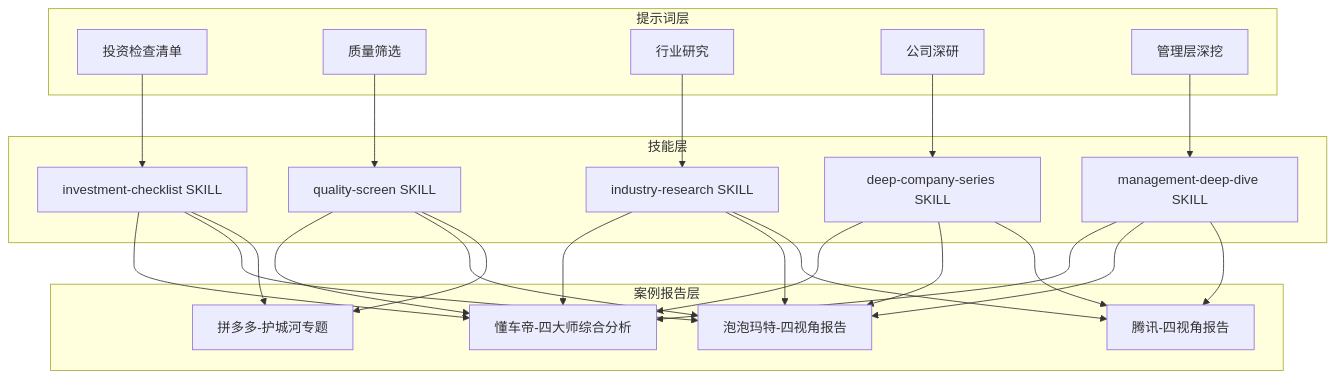
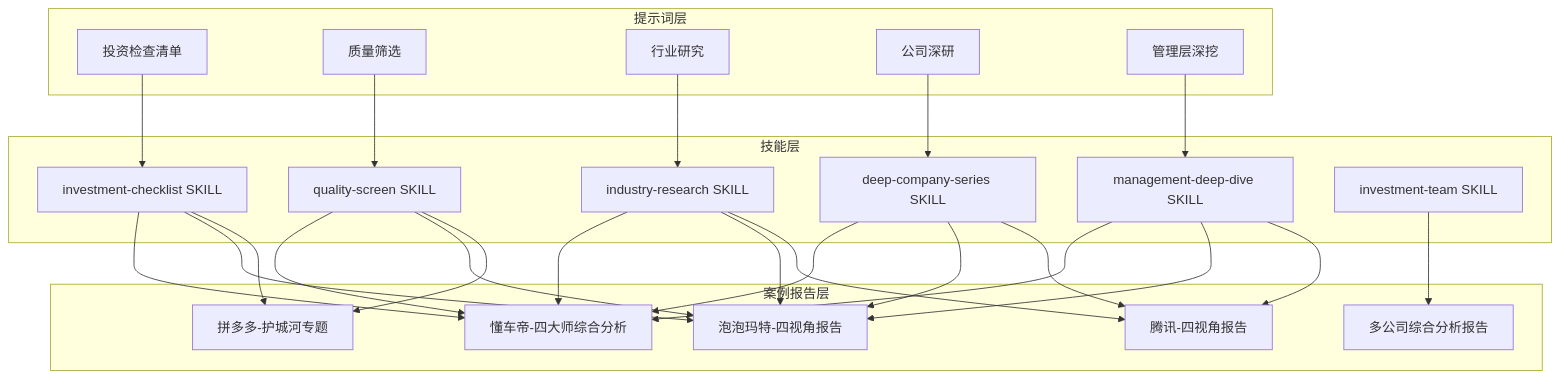
The first of 4 diagrams in .qoder/repowiki/zh/content/投资方法论/四大师分析法详解.md (Ted-Engineer/ai-berkshire), drawn with Mermaid before and after one commit. The commit also changed other lines of this file and 76 other files, not shown here.

````diff
--- a/.qoder/repowiki/zh/content/投资方法论/四大师分析法详解.md
+++ b/.qoder/repowiki/zh/content/投资方法论/四大师分析法详解.md
@@ -59,43 +65,46 @@
 ```mermaid
 graph TB
 subgraph "提示词层"
 P1["投资检查清单"]
 P2["质量筛选"]
 P3["行业研究"]
 P4["公司深研"]
 P5["管理层深挖"]
 end
 subgraph "技能层"
 S1["investment-checklist SKILL"]
 S2["quality-screen SKILL"]
 S3["industry-research SKILL"]
 S4["deep-company-series SKILL"]
 S5["management-deep-dive SKILL"]
+S6["investment-team SKILL"]
 end
 subgraph "案例报告层"
 R1["拼多多-护城河专题"]
 R2["腾讯-四视角报告"]
 R3["泡泡玛特-四视角报告"]
 R4["懂车帝-四大师综合分析"]
+R5["多公司综合分析报告"]
 end
 P1 --> S1
 P2 --> S2
 P3 --> S3
 P4 --> S4
 P5 --> S5
 S1 --> R1
 S2 --> R1
 S3 --> R2
 S4 --> R2
 S5 --> R2
 S1 --> R3
 S2 --> R3
 S3 --> R3
 S4 --> R3
 S5 --> R3
 S1 --> R4
 S2 --> R4
 S3 --> R4
 S4 --> R4
 S5 --> R4
+S6 --> R5
 ```
````
